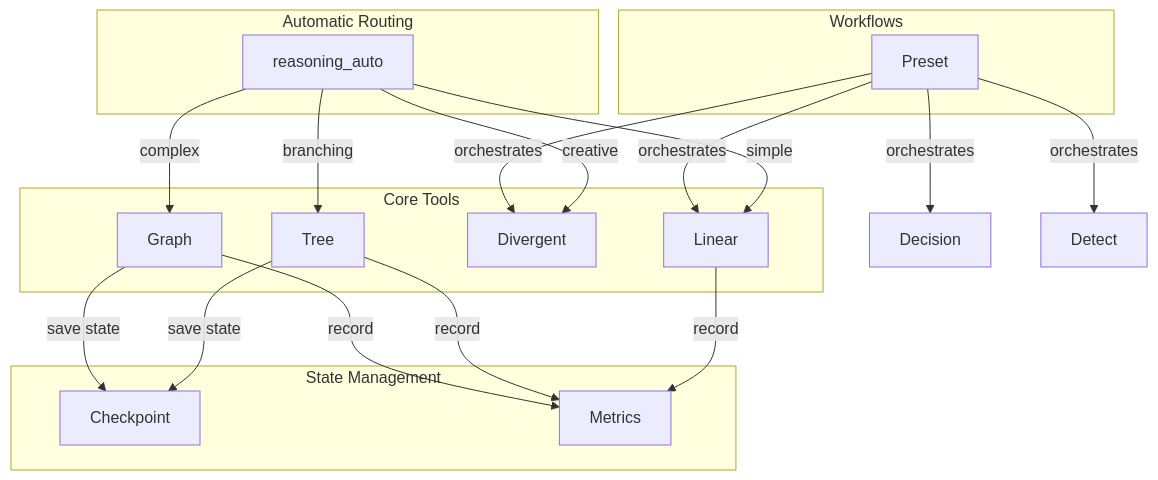
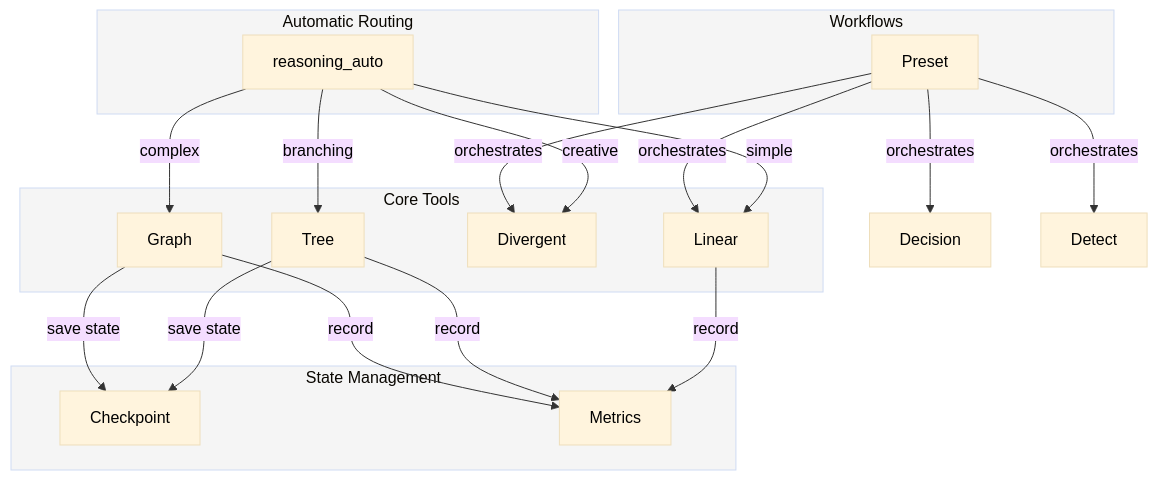
Before and after one commit to quanticsoul4772/mcp-reasoning: the fourth of 6 diagrams in README.md, drawn with Mermaid. The commit also changed other lines of this file, not shown here.

First line of the commit message:
docs: Fix Mermaid diagram text colors for dark mode readability

````diff
--- a/README.md
+++ b/README.md
@@ -232,35 +234,36 @@
 ```mermaid
+%%{init: {'theme': 'base', 'themeVariables': {'primaryTextColor': '#000', 'secondaryTextColor': '#000', 'lineColor': '#333', 'textColor': '#000', 'clusterBkg': '#f5f5f5'}}}%%
 flowchart TB
     subgraph Routing["Automatic Routing"]
         Auto["reasoning_auto"]
     end
 
     subgraph CoreTools["Core Tools"]
         Linear["Linear"]
         Tree["Tree"]
         Divergent["Divergent"]
         Graph["Graph"]
     end
 
     subgraph State["State Management"]
         Checkpoint["Checkpoint"]
         Metrics["Metrics"]
     end
 
     subgraph Workflows
         Preset["Preset"]
     end
 
     Auto -->|"simple"| Linear
     Auto -->|"branching"| Tree
     Auto -->|"creative"| Divergent
     Auto -->|"complex"| Graph
 
     Tree & Graph -->|"save state"| Checkpoint
     Linear & Tree & Graph -->|"record"| Metrics
 
     Preset -->|"orchestrates"| Linear
     Preset -->|"orchestrates"| Divergent
     Preset -->|"orchestrates"| Decision["Decision"]
     Preset -->|"orchestrates"| Detect["Detect"]
 ```
````
